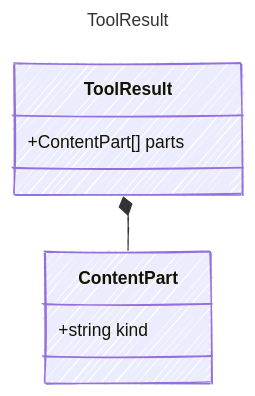
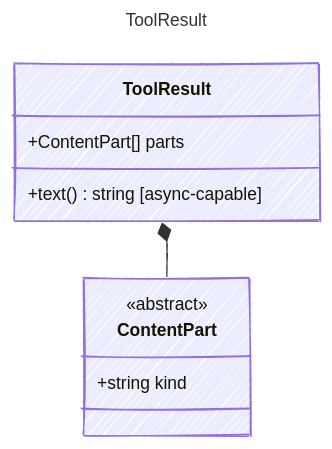
Before and after one commit to microsoft/prompty: the diagram in web/src/content/docs/reference/ToolResult.md, drawn with Mermaid. The commit also changed other lines of this file and 524 other files, not shown here.

````diff
--- a/web/src/content/docs/reference/ToolResult.md
+++ b/web/src/content/docs/reference/ToolResult.md
@@ -15,18 +15,20 @@
 ```mermaid
 ---
 title: ToolResult
 config:
   look: handDrawn
   theme: colorful
   class:
     hideEmptyMembersBox: true
 ---
 classDiagram
     class ToolResult {
         +ContentPart[] parts
+        +text() string [async-capable]
     }
     class ContentPart {
+      <<abstract>>
         +string kind
     }
     ToolResult *-- ContentPart
 ```
````
